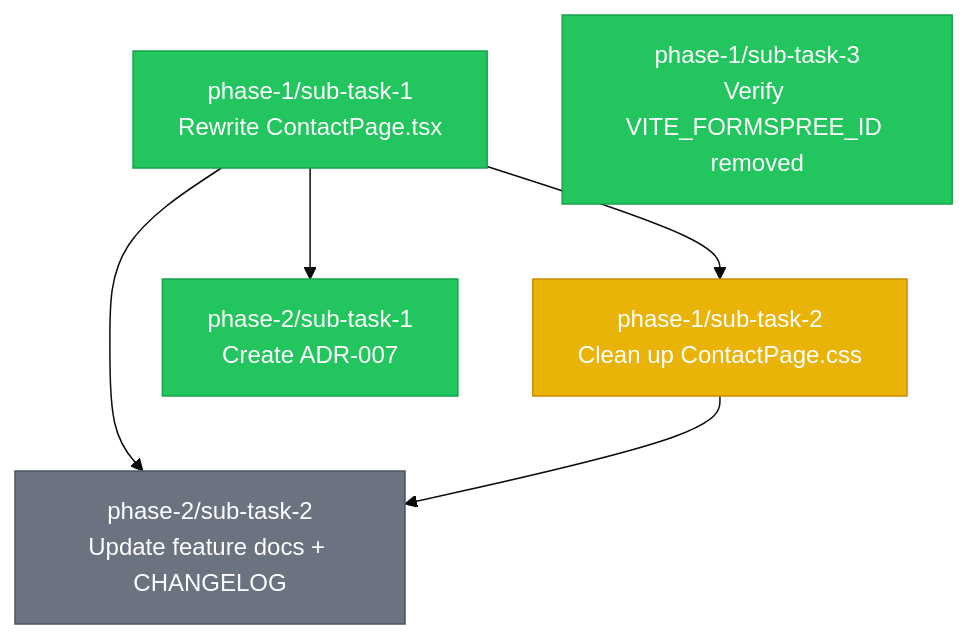
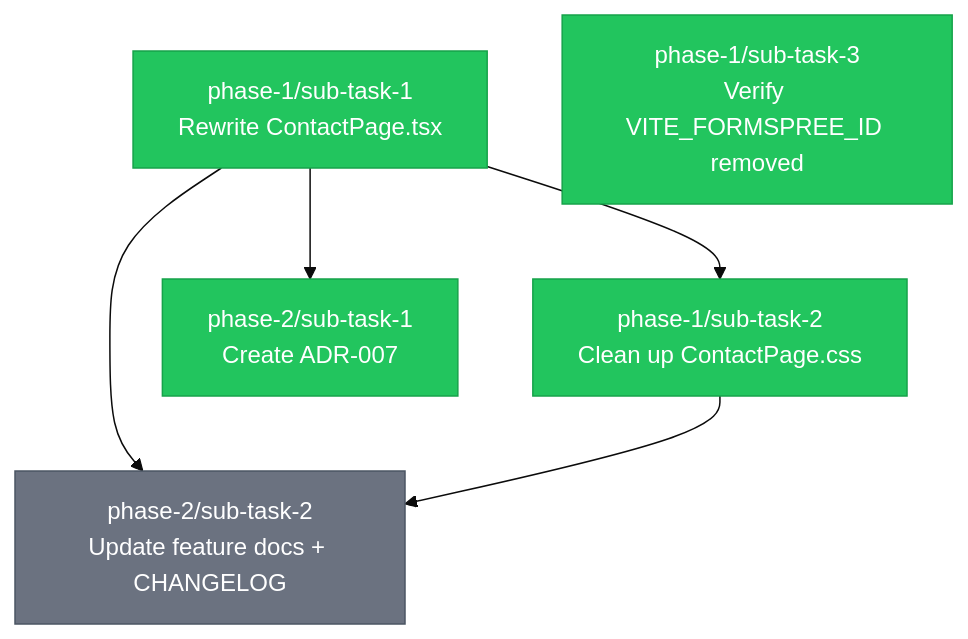
One commit to Bagwell-Oil-Imaging/late-night-happy-hour-league-site changed the diagram in .claude/tasks/TASKS.md. Above: the diagram before and after it, drawn with Mermaid (base theme). The commit also changed other lines of this file, not shown here.

````diff
--- a/.claude/tasks/TASKS.md
+++ b/.claude/tasks/TASKS.md
@@ -14,29 +14,29 @@
 ```mermaid
 graph TD
     %% Phase 1: Code
     P1T1["phase-1/sub-task-1<br/>Rewrite ContactPage.tsx"]
     P1T2["phase-1/sub-task-2<br/>Clean up ContactPage.css"]
     P1T3["phase-1/sub-task-3<br/>Verify VITE_FORMSPREE_ID removed"]
 
     %% Phase 2: Documentation
     P2T1["phase-2/sub-task-1<br/>Create ADR-007"]
     P2T2["phase-2/sub-task-2<br/>Update feature docs + CHANGELOG"]
 
     %% Dependencies
     P1T1 --> P1T2
     P1T1 --> P2T1
     P1T1 --> P2T2
     P1T2 --> P2T2
 
     %% Status styling
     classDef completed fill:#22c55e,stroke:#16a34a,color:#fff
     classDef inprogress fill:#eab308,stroke:#ca8a04,color:#fff
     classDef pending fill:#6b7280,stroke:#4b5563,color:#fff
     classDef blocked fill:#ef4444,stroke:#dc2626,color:#fff
 
     class P1T1 completed
-    class P1T2 inprogress
+    class P1T2 completed
     class P1T3 completed
     class P2T1 completed
     class P2T2 pending
 ```
````
